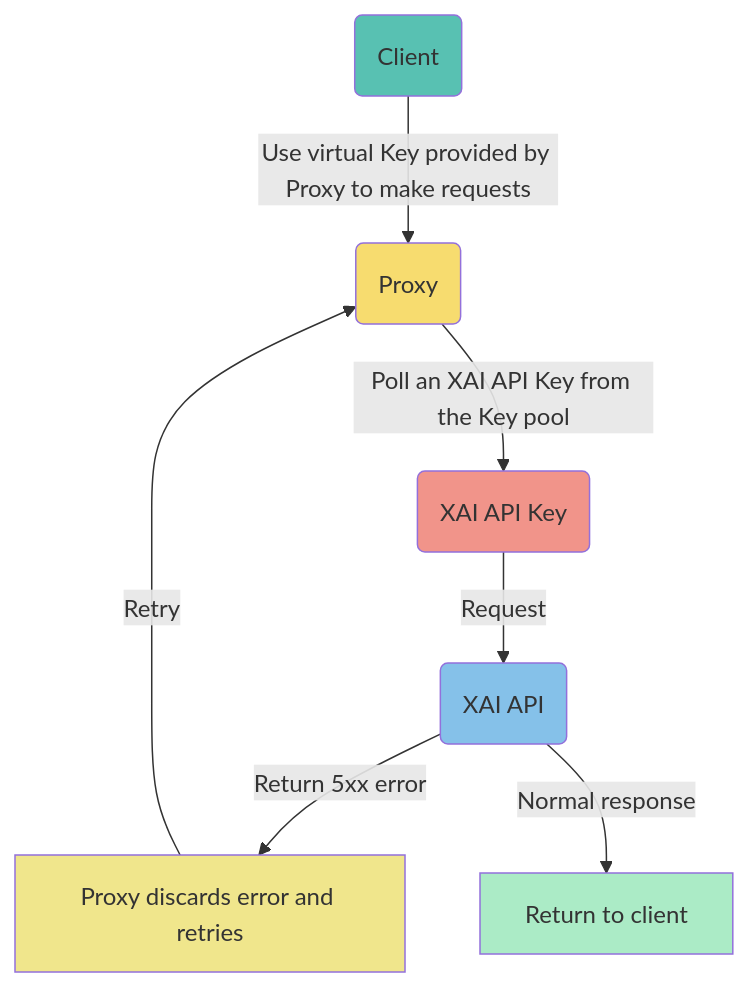
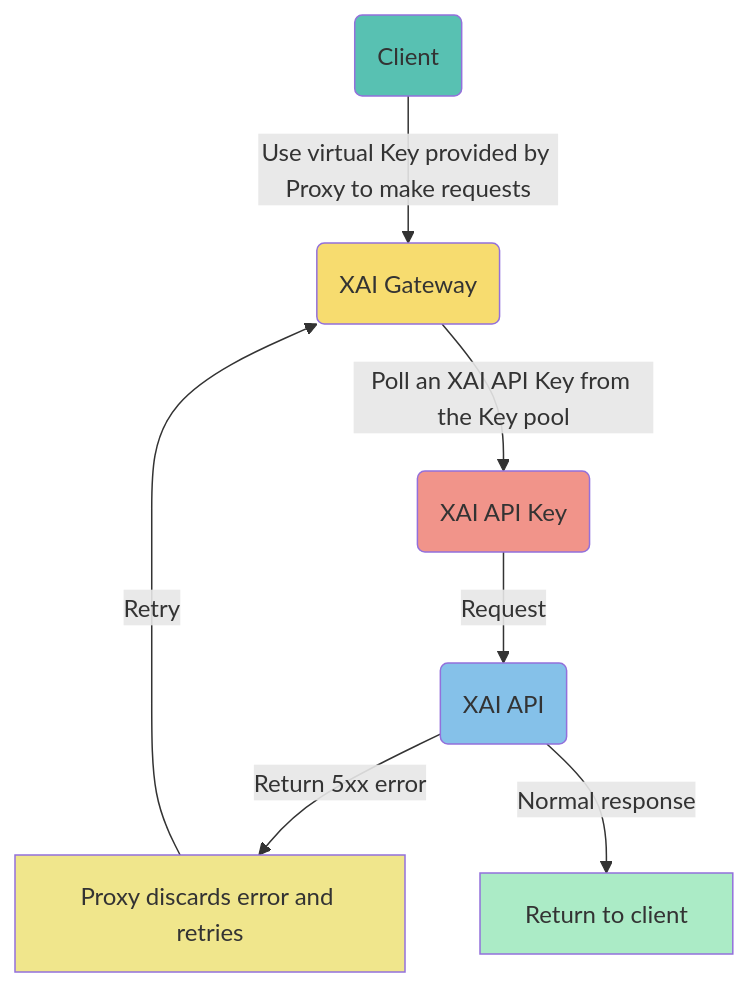
Before and after one commit to proxyxai/xai: the first of 2 diagrams in README.md, drawn with Mermaid.

Commit message:
2025-06-27-00:26:00

````diff
--- a/README.md
+++ b/README.md
@@ -7,16 +7,16 @@
 ```mermaid
 graph TD
     A(Client)
-    A -- Use virtual Key provided by Proxy to make requests --> B(Proxy)
+    A -- Use virtual Key provided by Proxy to make requests --> B(XAI Gateway)
     B -- Poll an XAI API Key from the Key pool --> C(XAI API Key)
     C -- Request --> D(XAI API)
     D -- Return 5xx error --> E[Proxy discards error and retries]
     E -- Retry --> B
     D -- Normal response --> F[Return to client]
     style A fill:#58C1B2
     style B fill:#F7DC6F
     style C fill:#F1948A
     style D fill:#85C1E9
     style E fill:#F0E68C
     style F fill:#ABEBC6
 ```
````
